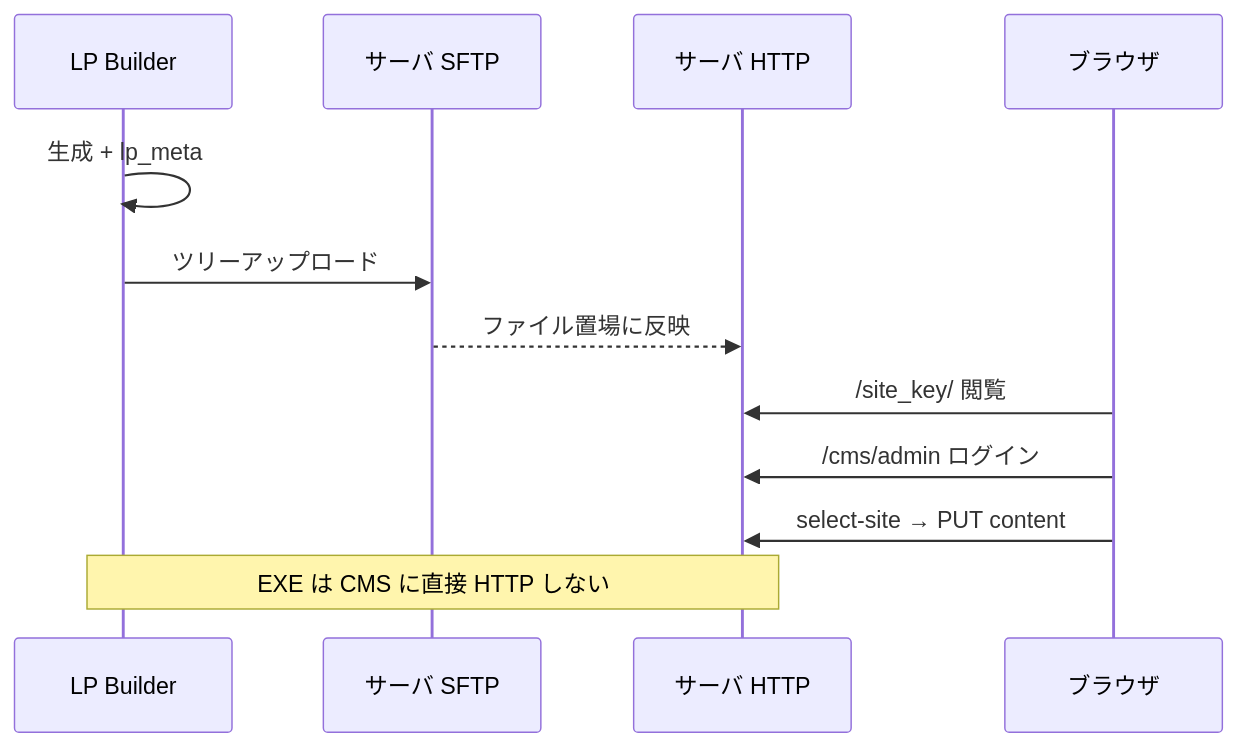
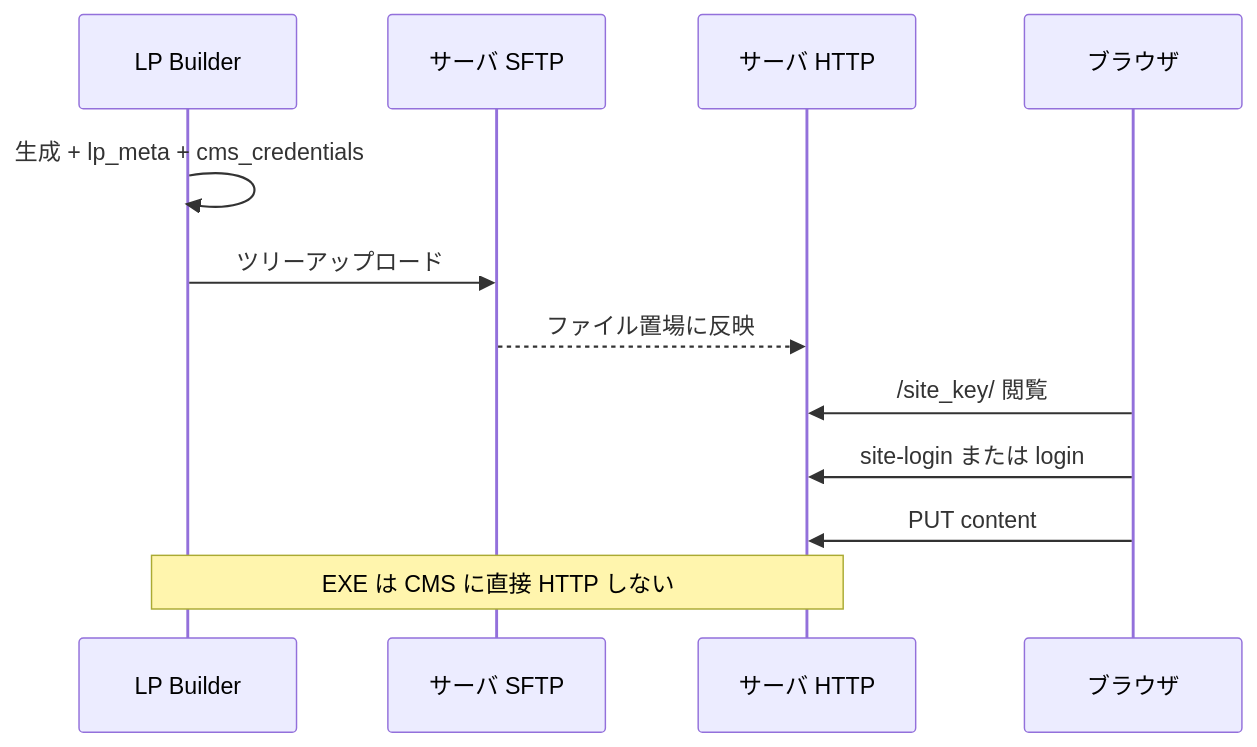
One commit to BinaryTraffic/page-builder changed the fourth of 4 diagrams in CLIENT_SERVER_FLOWS.md. Above: the diagram before and after it, drawn with Mermaid. The commit also changed other lines of this file and 23 other files, not shown here.

First line of the commit message:
CMS: site-login + cms_credentials; align handover docs for server Cursor

````diff
--- a/CLIENT_SERVER_FLOWS.md
+++ b/CLIENT_SERVER_FLOWS.md
@@ -85,15 +88,15 @@
 ```mermaid
 sequenceDiagram
   participant App as LP Builder
   participant SFTP as サーバ SFTP
   participant Web as サーバ HTTP
   participant Br as ブラウザ
 
-  App->>App: 生成 + lp_meta
+  App->>App: 生成 + lp_meta + cms_credentials
   App->>SFTP: ツリーアップロード
   SFTP-->>Web: ファイル置場に反映
   Br->>Web: /site_key/ 閲覧
-  Br->>Web: /cms/admin ログイン
-  Br->>Web: select-site → PUT content
+  Br->>Web: site-login または login
+  Br->>Web: PUT content
   Note over App,Web: EXE は CMS に直接 HTTP しない
 ```
````
